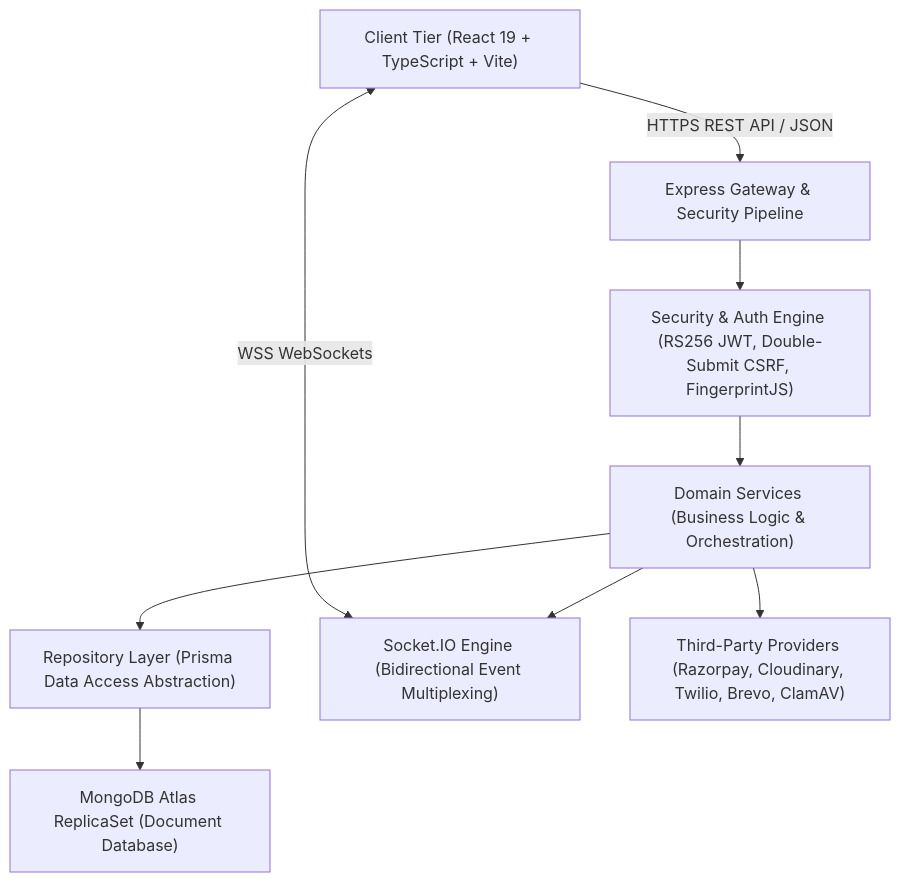
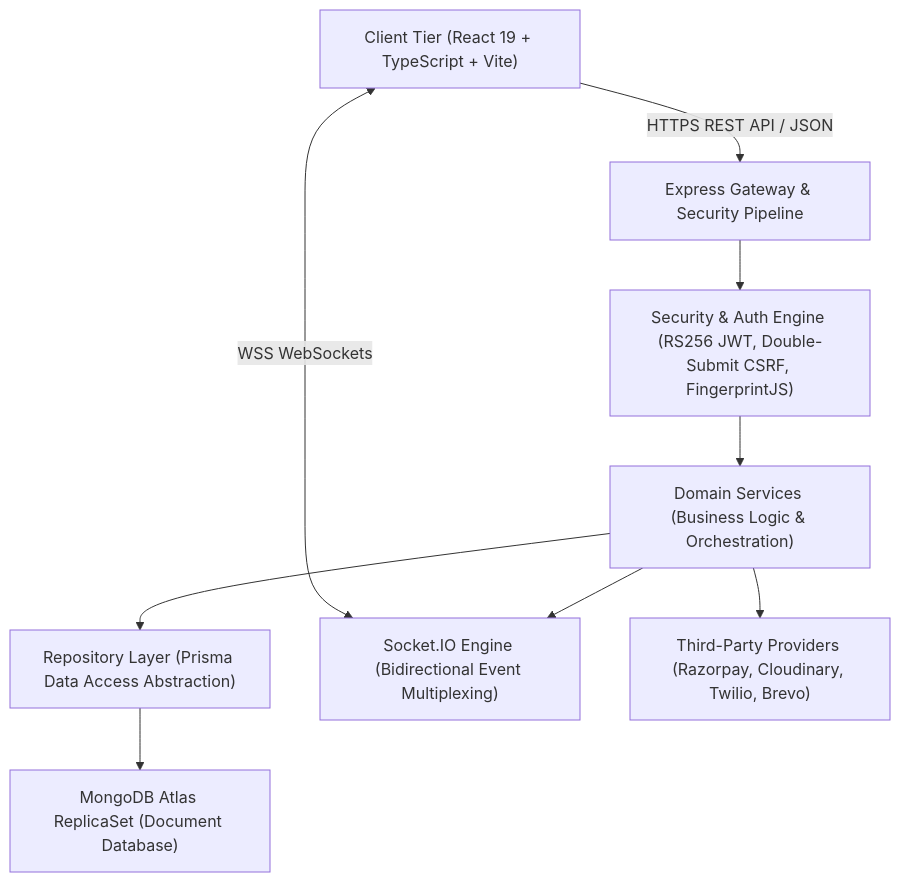
The first of 7 diagrams in SYSTEM.MD (ayushman-glb/PG-Management-System), drawn with Mermaid before and after one commit. The commit also changed other lines of this file and 34 other files, not shown here.

````diff
--- a/SYSTEM.MD
+++ b/SYSTEM.MD
@@ -45,20 +46,20 @@
 ```mermaid
 graph TD
     Client["Client Tier (React 19 + TypeScript + Vite)"]
     Gateway["Express Gateway & Security Pipeline"]
     AuthCore["Security & Auth Engine (RS256 JWT, Double-Submit CSRF, FingerprintJS)"]
     ServiceDomain["Domain Services (Business Logic & Orchestration)"]
     DataAbstraction["Repository Layer (Prisma Data Access Abstraction)"]
     Persistence["MongoDB Atlas ReplicaSet (Document Database)"]
     RealtimeEngine["Socket.IO Engine (Bidirectional Event Multiplexing)"]
-    ThirdPartyBridge["Third-Party Providers (Razorpay, Cloudinary, Twilio, Brevo, ClamAV)"]
+    ThirdPartyBridge["Third-Party Providers (Razorpay, Cloudinary, Twilio, Brevo)"]
 
     Client -->|HTTPS REST API / JSON| Gateway
     Client <-->|WSS WebSockets| RealtimeEngine
     Gateway --> AuthCore
     AuthCore --> ServiceDomain
     ServiceDomain --> DataAbstraction
     DataAbstraction --> Persistence
     ServiceDomain --> RealtimeEngine
     ServiceDomain --> ThirdPartyBridge
 ```
````
